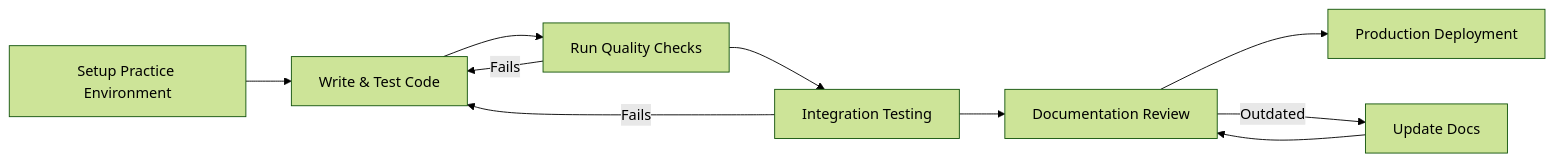
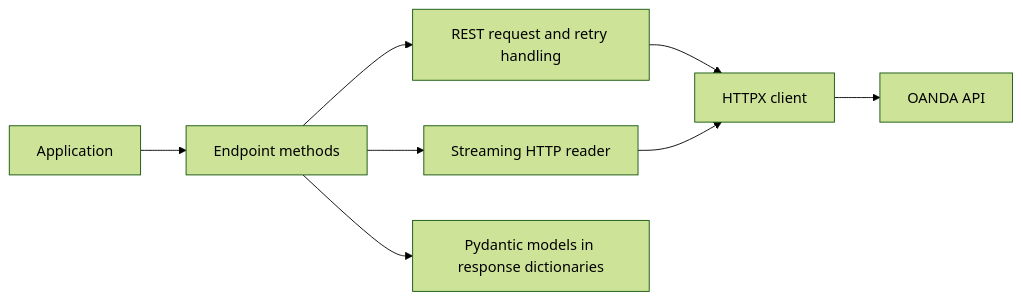
Before and after one commit to NimbleOx/fivetwenty: the diagram in docs/guides/understanding/sdk-architecture.md, drawn with Mermaid (forest theme). The commit also changed other lines of this file and 56 other files, not shown here.

````diff
--- a/docs/guides/understanding/sdk-architecture.md
+++ b/docs/guides/understanding/sdk-architecture.md
@@ -1143,13 +7,10 @@
 ```mermaid
-graph LR
-    A[Setup Practice Environment] --> B[Write & Test Code]
-    B --> C[Run Quality Checks]
-    C --> D[Integration Testing]
-    D --> E[Documentation Review]
-    E --> F[Production Deployment]
-
-    C --> |Fails| B
-    D --> |Fails| B
-    E --> |Outdated| G[Update Docs]
-    G --> E
+flowchart LR
+    App[Application] --> Endpoints[Endpoint methods]
+    Endpoints --> REST[REST request and retry handling]
+    Endpoints --> Stream[Streaming HTTP reader]
+    REST --> HTTP[HTTPX client]
+    Stream --> HTTP
+    HTTP --> OANDA[OANDA API]
+    Endpoints --> Models[Pydantic models in response dictionaries]
 ```
````
